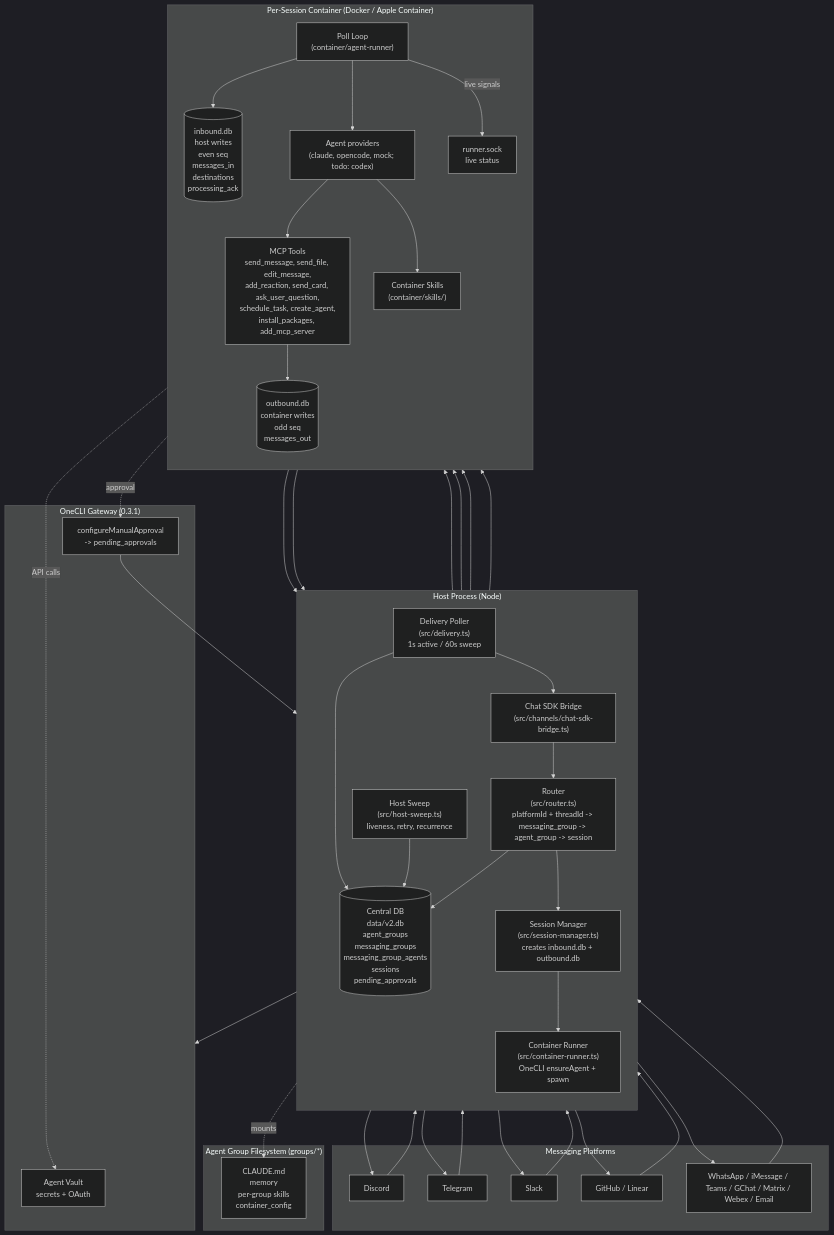
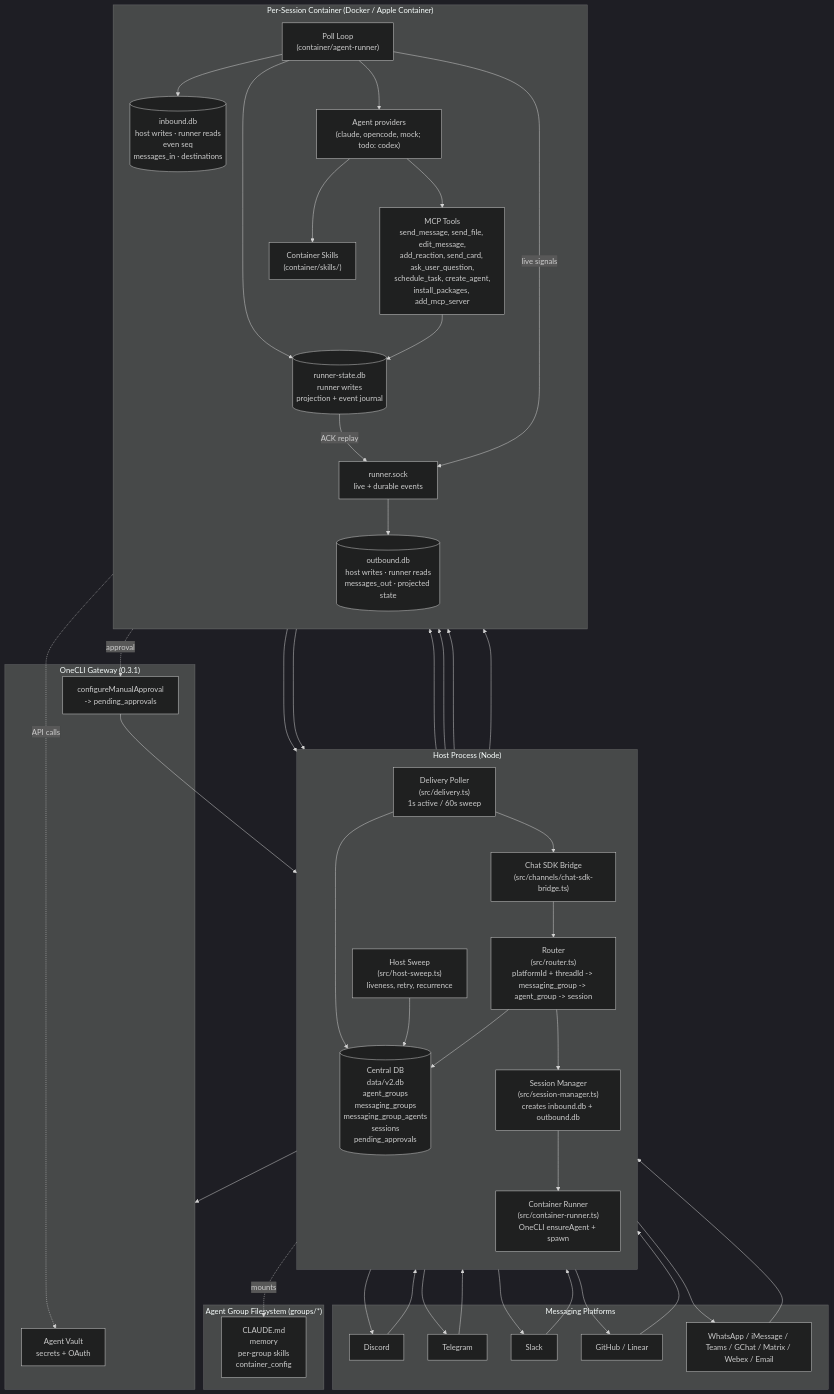
The first of 5 diagrams in docs/architecture-diagram.md (dtreskunov/bananaclaw), drawn with Mermaid (dark theme) before and after one commit. The commit also changed 58 other files, not shown here.

First line of the commit message:
Move durable runner state onto the session link

````diff
--- a/docs/architecture-diagram.md
+++ b/docs/architecture-diagram.md
@@ -5,68 +5,72 @@
 ```mermaid
 flowchart TB
   subgraph Platforms["Messaging Platforms"]
     P1[Discord]
     P2[Telegram]
     P3[Slack]
     P4[GitHub / Linear]
     P5[WhatsApp / iMessage / Teams / GChat / Matrix / Webex / Email]
   end
 
   subgraph Host["Host Process (Node)"]
     direction TB
     Bridge["Chat SDK Bridge<br/>(src/channels/chat-sdk-bridge.ts)"]
     Router["Router<br/>(src/router.ts)<br/>platformId + threadId -> messaging_group -> agent_group -> session"]
     SessMgr["Session Manager<br/>(src/session-manager.ts)<br/>creates inbound.db + outbound.db"]
     Runner["Container Runner<br/>(src/container-runner.ts)<br/>OneCLI ensureAgent + spawn"]
     Delivery["Delivery Poller<br/>(src/delivery.ts)<br/>1s active / 60s sweep"]
     Sweep["Host Sweep<br/>(src/host-sweep.ts)<br/>liveness, retry, recurrence"]
     Central[("Central DB<br/>data/v2.db<br/>agent_groups<br/>messaging_groups<br/>messaging_group_agents<br/>sessions<br/>pending_approvals")]
   end
 
   subgraph OneCLI["OneCLI Gateway (0.3.1)"]
     Vault["Agent Vault<br/>secrets + OAuth"]
     Approvals["configureManualApproval<br/>-> pending_approvals"]
   end
 
   subgraph Session["Per-Session Container (Docker / Apple Container)"]
     direction TB
     PollLoop["Poll Loop<br/>(container/agent-runner)"]
     Provider["Agent providers<br/>(claude, opencode, mock; todo: codex)"]
     MCP["MCP Tools<br/>send_message, send_file, edit_message,<br/>add_reaction, send_card, ask_user_question,<br/>schedule_task, create_agent,<br/>install_packages, add_mcp_server"]
     Skills["Container Skills<br/>(container/skills/)"]
-    InDB[("inbound.db<br/>host writes<br/>even seq<br/>messages_in<br/>destinations<br/>processing_ack")]
-    OutDB[("outbound.db<br/>container writes<br/>odd seq<br/>messages_out")]
-    SessionLink["runner.sock<br/>live status"]
+    InDB[("inbound.db<br/>host writes · runner reads<br/>even seq<br/>messages_in · destinations")]
+    OutDB[("outbound.db<br/>host writes · runner reads<br/>messages_out · projected state")]
+    RunnerState[("runner-state.db<br/>runner writes<br/>projection + event journal")]
+    SessionLink["runner.sock<br/>live + durable events"]
   end
 
   subgraph Groups["Agent Group Filesystem (groups/*)"]
     Folder["CLAUDE.md<br/>memory<br/>per-group skills<br/>container_config"]
   end
 
   P1 & P2 & P3 & P4 & P5 --> Bridge
   Bridge --> Router
   Router --> Central
   Router --> SessMgr
   SessMgr --> InDB
   SessMgr --> Runner
   Runner --> OneCLI
   Runner --> PollLoop
   PollLoop --> InDB
   PollLoop --> Provider
+  PollLoop --> RunnerState
+  RunnerState -->|ACK replay| SessionLink
   PollLoop -->|live signals| SessionLink
   SessionLink --> Runner
   Provider --> MCP
   Provider --> Skills
-  MCP --> OutDB
+  MCP --> RunnerState
+  SessionLink --> OutDB
   OutDB --> Delivery
   Delivery --> Central
   Delivery --> Bridge
   Bridge --> P1 & P2 & P3 & P4 & P5
   Sweep --> InDB
   Sweep --> OutDB
   Sweep --> Central
   Runner -.mounts.-> Folder
   MCP -.approval.-> Approvals
   Approvals --> Central
   Provider -.API calls.-> Vault
 ```
````
